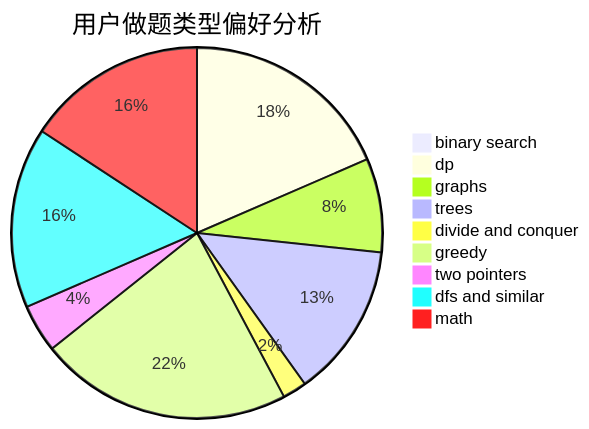
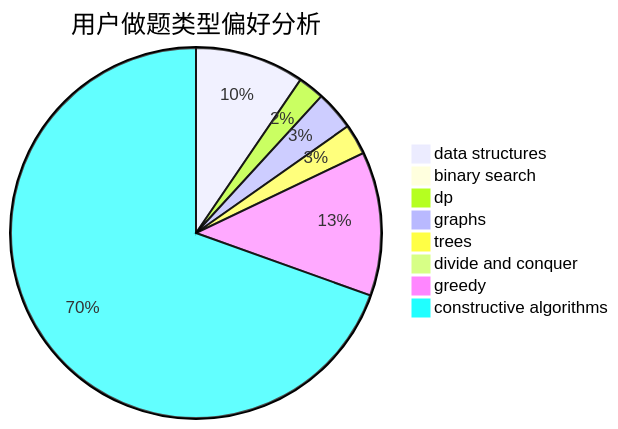
One commit to sherpahu/cfrs.github.io changed the second of 3 diagrams in docs/user/u2251.md. Above: the diagram before and after it, drawn with Mermaid. The commit also changed other lines of this file and 2775 other files, not shown here.

````diff
--- a/docs/user/u2251.md
+++ b/docs/user/u2251.md
@@ -23,12 +23,11 @@
 ```mermaid
 pie title 用户做题类型偏好分析
+    "data structures" :  50
     "binary search" :  0
-    "dp" :  88
-    "graphs" :  39
-    "trees" :  64
-    "divide and conquer" :  10
-    "greedy" :  105
-    "two pointers" :  20
-    "dfs and similar" :  75
-    "math" :  75
+    "dp" :  12
+    "graphs" :  18
+    "trees" :  14
+    "divide and conquer" :  0
+    "greedy" :  66
+    "constructive algorithms" :  365
 ```
````
